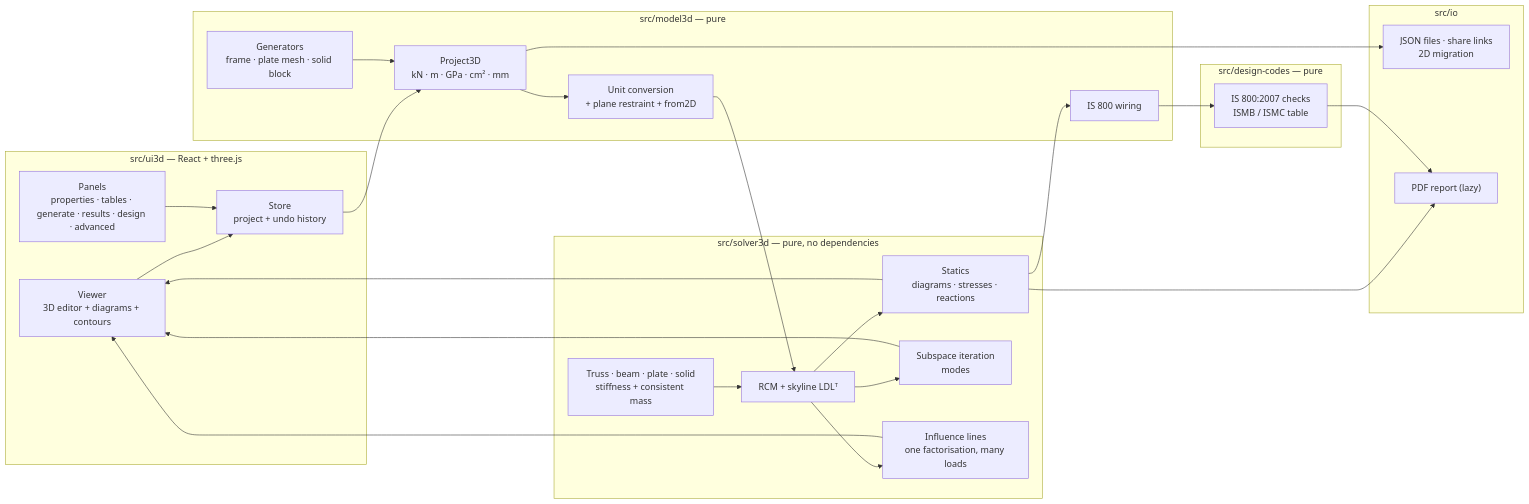
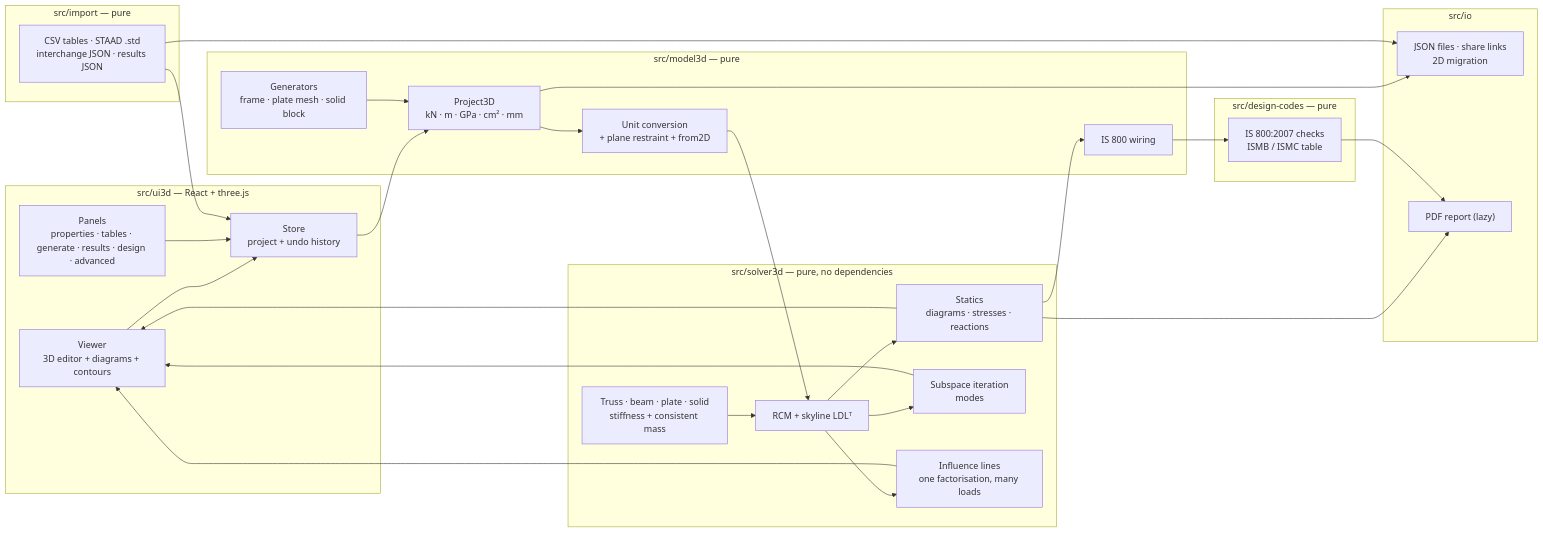
One commit to WruceBayne29/frameforge changed the diagram in README.md. Above: the diagram before and after it, drawn with Mermaid. The commit also changed other lines of this file and 8 other files, not shown here.

````diff
--- a/README.md
+++ b/README.md
@@ -329,45 +354,50 @@
 ```mermaid
 flowchart LR
     subgraph UI["src/ui3d — React + three.js"]
         Viewer["Viewer<br/>3D editor + diagrams + contours"]
         Panels["Panels<br/>properties · tables · generate · results · design · advanced"]
         Store["Store<br/>project + undo history"]
     end
     subgraph Model["src/model3d — pure"]
         Project["Project3D<br/>kN · m · GPa · cm² · mm"]
         Gen["Generators<br/>frame · plate mesh · solid block"]
         Convert["Unit conversion<br/>+ plane restraint + from2D"]
         Design["IS 800 wiring"]
     end
     subgraph Solver["src/solver3d — pure, no dependencies"]
         Elements["Truss · beam · plate · solid<br/>stiffness + consistent mass"]
         Skyline["RCM + skyline LDLᵀ"]
         Statics["Statics<br/>diagrams · stresses · reactions"]
         Modal["Subspace iteration<br/>modes"]
         Influence["Influence lines<br/>one factorisation, many loads"]
     end
     subgraph Codes["src/design-codes — pure"]
         IS800["IS 800:2007 checks<br/>ISMB / ISMC table"]
     end
     subgraph IO["src/io"]
         Files["JSON files · share links<br/>2D migration"]
         Pdf["PDF report (lazy)"]
     end
+    subgraph Import["src/import — pure"]
+        Importers["CSV tables · STAAD .std<br/>interchange JSON · results JSON"]
+    end
 
     Viewer --> Store
     Panels --> Store
     Store --> Project
     Gen --> Project
     Project --> Convert --> Skyline
     Elements --> Skyline
     Skyline --> Statics
     Skyline --> Modal
     Skyline --> Influence
     Statics --> Design --> IS800
     Statics --> Viewer
     Modal --> Viewer
     Influence --> Viewer
     Project --> Files
+    Importers --> Files
+    Importers --> Store
     Statics --> Pdf
     IS800 --> Pdf
 ```
````
